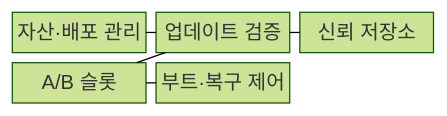
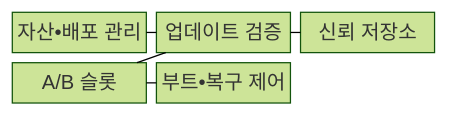
One commit to agnusdei1207/knowledge-base changed the first of 2 diagrams in src/content/docs/notes/02-hardware/069_firmware_security.md. Above: the diagram before and after it, drawn with Mermaid (forest theme). The commit also changed other lines of this file and 953 other files, not shown here.

````diff
--- a/src/content/docs/notes/02-hardware/069_firmware_security.md
+++ b/src/content/docs/notes/02-hardware/069_firmware_security.md
@@ -67,13 +67,13 @@
 ```mermaid
 block
   columns 3
-  A["자산·배포 관리"]
+  A["자산•배포 관리"]
   B["업데이트 검증"]
   C["신뢰 저장소"]
   D["A/B 슬롯"]
-  E["부트·복구 제어"]
+  E["부트•복구 제어"]
   A --- B
   C --- B
   B --- D
   D --- E
 ```
````
